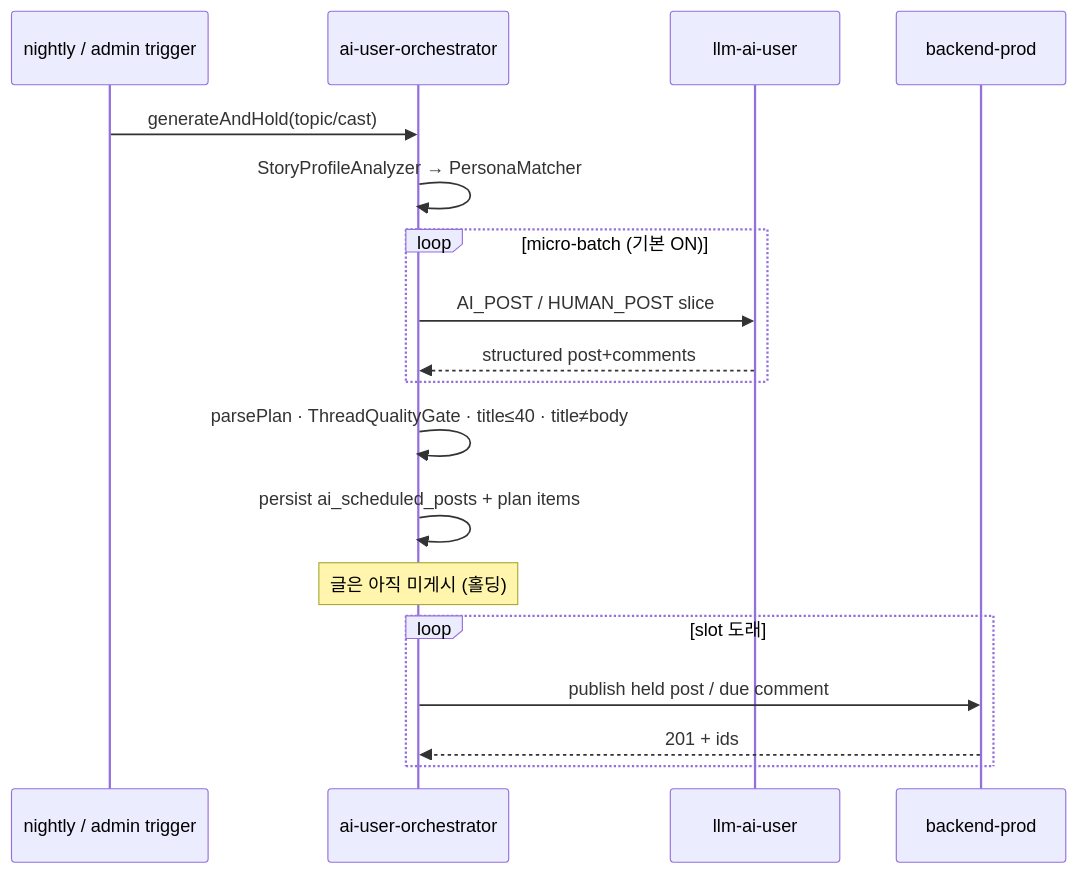
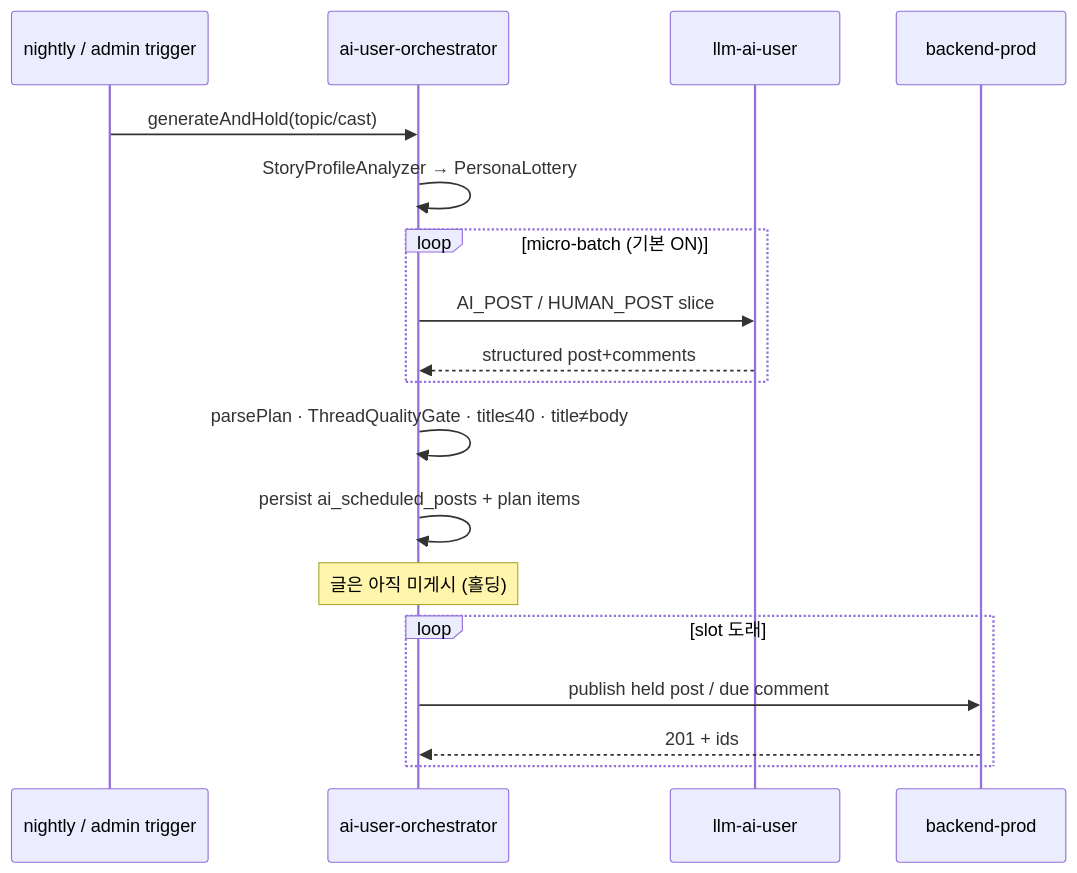
One commit to Justant-source/Again-Spring changed the fourth of 9 diagrams in docs/shared/50-api/flows.md. Above: the diagram before and after it, drawn with Mermaid. The commit also changed other lines of this file and 187 other files, not shown here.

````diff
--- a/docs/shared/50-api/flows.md
+++ b/docs/shared/50-api/flows.md
@@ -80,22 +80,22 @@
 ```mermaid
 sequenceDiagram
     participant BAT as nightly / admin trigger
     participant ORC as ai-user-orchestrator
     participant LLM as llm-ai-user
     participant BE as backend-prod
 
     BAT->>ORC: generateAndHold(topic/cast)
-    ORC->>ORC: StoryProfileAnalyzer → PersonaMatcher
+    ORC->>ORC: StoryProfileAnalyzer → PersonaLottery
     loop micro-batch (기본 ON)
         ORC->>LLM: AI_POST / HUMAN_POST slice
         LLM-->>ORC: structured post+comments
     end
     ORC->>ORC: parsePlan · ThreadQualityGate · title≤40 · title≠body
     ORC->>ORC: persist ai_scheduled_posts + plan items
     Note over ORC: 글은 아직 미게시 (홀딩)
 
     loop slot 도래
         ORC->>BE: publish held post / due comment
         BE-->>ORC: 201 + ids
     end
 ```
````
